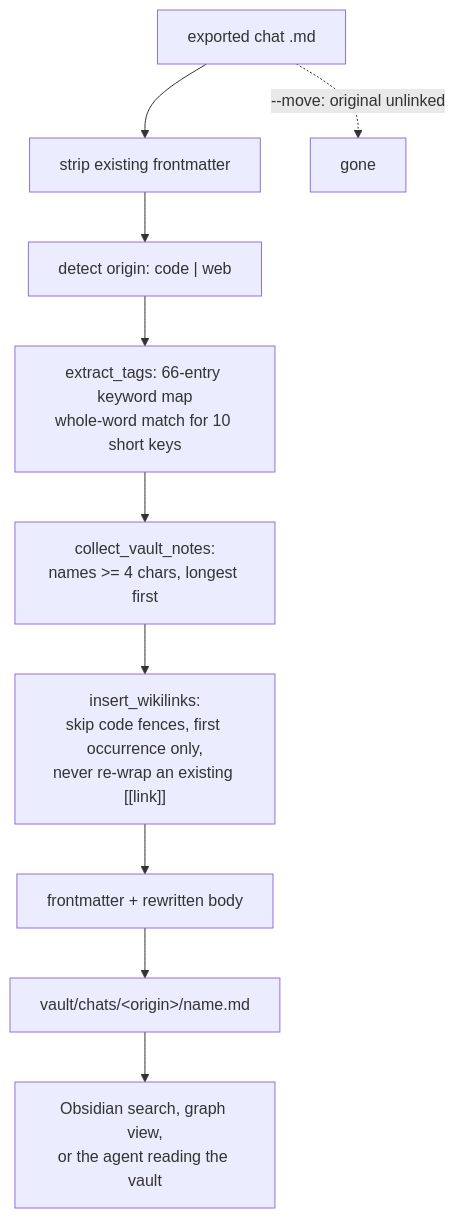
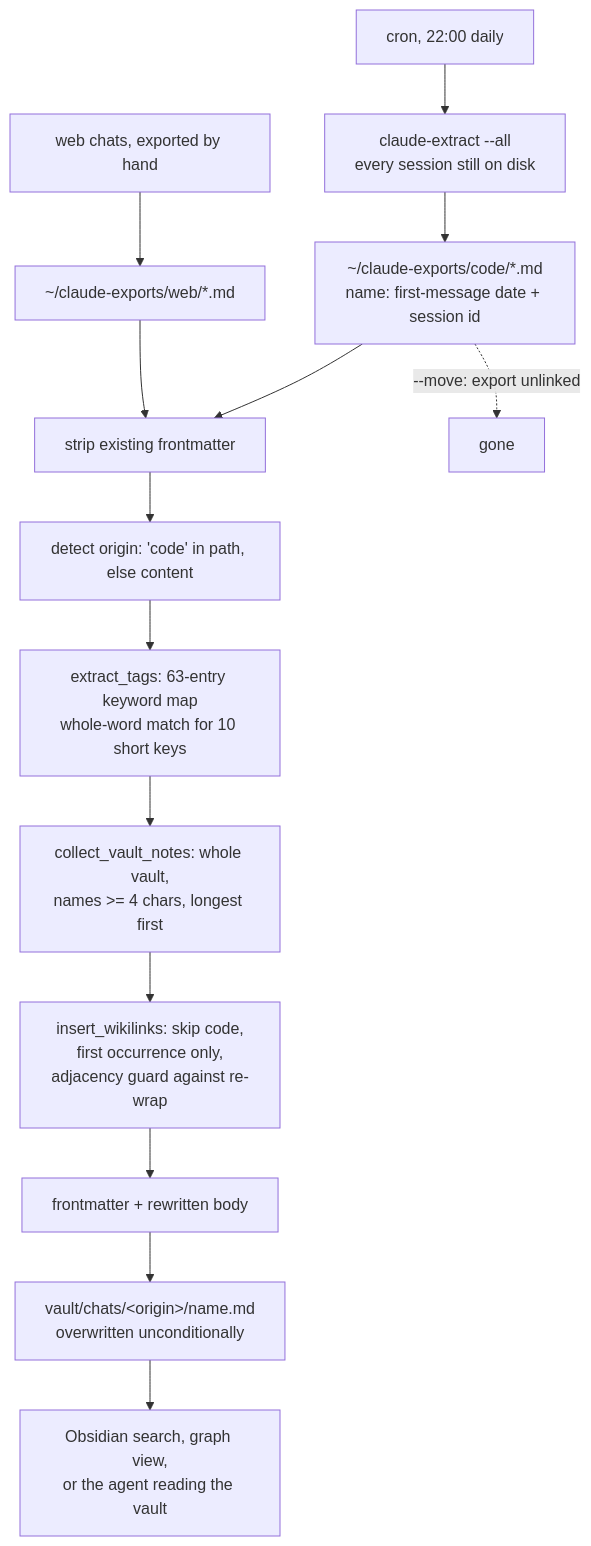
Before and after one commit to neoneye/agent-memory-atlas: the diagram in content/systems/claude-code-memory-setup.md, drawn with Mermaid. The commit also changed other lines of this file and 29 other files, not shown here.

First line of the commit message:
Audit claude-code-memory-setup and Token Savior at unchanged pins

````diff
--- a/content/systems/claude-code-memory-setup.md
+++ b/content/systems/claude-code-memory-setup.md
@@ -105,13 +127,17 @@
 ```mermaid
-%% caption: an exported chat is tagged from a fixed keyword map and wikilinked against existing vault note names, first occurrence only and never inside a code fence, then written into the vault
+%% caption: a nightly cron job exports every Claude Code session, then the importer tags each file from a fixed keyword map, wikilinks it against vault note names outside code fences, and overwrites its vault copy
 flowchart TD
-    E["exported chat .md"] --> S["strip existing frontmatter"]
-    S --> O["detect origin: code | web"]
-    O --> T["extract_tags: 66-entry keyword map<br/>whole-word match for 10 short keys"]
-    T --> V["collect_vault_notes:<br/>names >= 4 chars, longest first"]
-    V --> L["insert_wikilinks:<br/>skip code fences, first occurrence only,<br/>never re-wrap an existing [[link]]"]
+    C["cron, 22:00 daily"] --> X["claude-extract --all<br/>every session still on disk"]
+    X --> E["~/claude-exports/code/*.md<br/>name: first-message date + session id"]
+    B["web chats, exported by hand"] --> E2["~/claude-exports/web/*.md"]
+    E --> S["strip existing frontmatter"]
+    E2 --> S
+    S --> O["detect origin: 'code' in path, else content"]
+    O --> T["extract_tags: 63-entry keyword map<br/>whole-word match for 10 short keys"]
+    T --> V["collect_vault_notes: whole vault,<br/>names >= 4 chars, longest first"]
+    V --> L["insert_wikilinks: skip code,<br/>first occurrence only,<br/>adjacency guard against re-wrap"]
     L --> F["frontmatter + rewritten body"]
-    F --> W["vault/chats/&lt;origin&gt;/name.md"]
-    E -.->|"--move: original unlinked"| X["gone"]
+    F --> W["vault/chats/&lt;origin&gt;/name.md<br/>overwritten unconditionally"]
+    E -.->|"--move: export unlinked"| G["gone"]
     W --> R["Obsidian search, graph view,<br/>or the agent reading the vault"]
 ```
````
